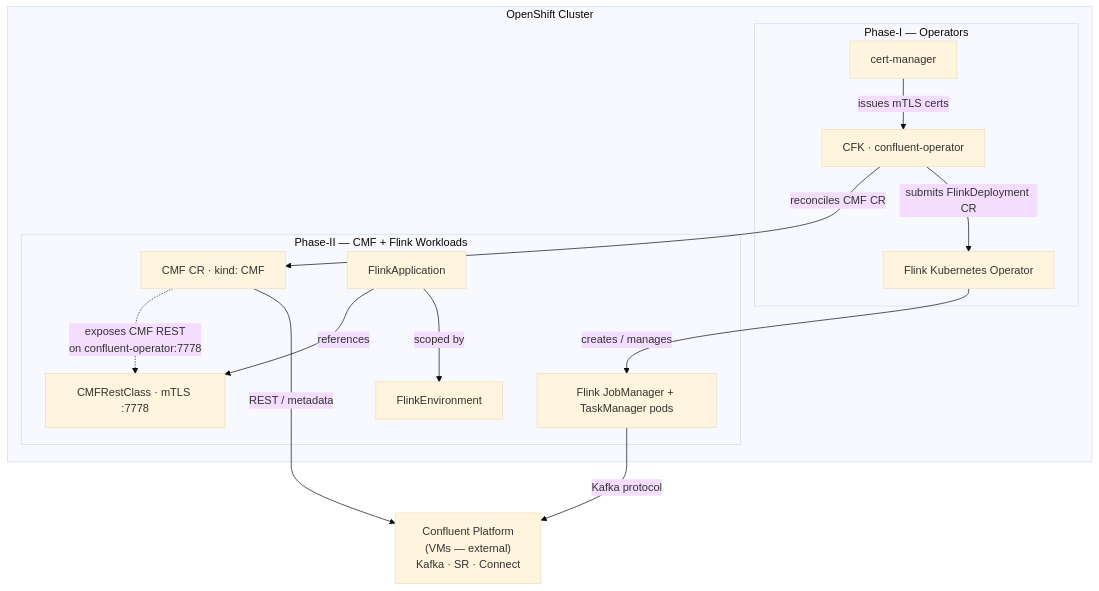
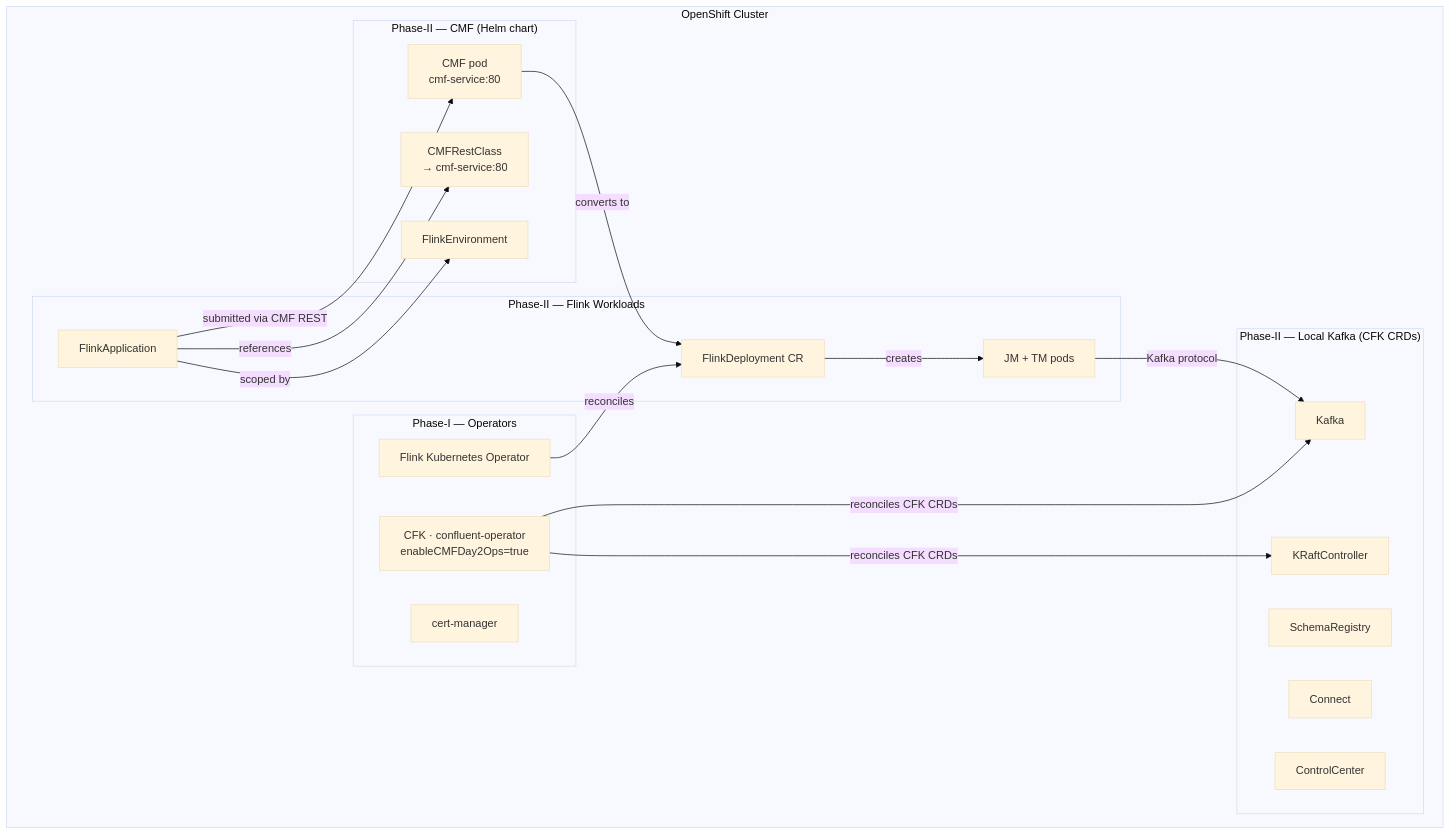
The first of 3 diagrams in README-PHASE-II.md (aadmassu/flink-on-k8s-with-cp), drawn with Mermaid (base theme) before and after one commit. The commit also changed other lines of this file and 48 other files, not shown here.

First line of the commit message:
Implement Phase-II: CMF Helm chart, local Kafka, Flink infra CRs

````diff
--- a/README-PHASE-II.md
+++ b/README-PHASE-II.md
@@ -45,31 +38,40 @@
 ```mermaid
 flowchart TD
     subgraph cluster["OpenShift Cluster"]
         subgraph phase1["Phase-I — Operators"]
             cm["cert-manager"]
-            cfk["CFK · confluent-operator"]
+            cfk["CFK · confluent-operator<br>enableCMFDay2Ops=true"]
             fop["Flink Kubernetes Operator"]
         end
 
-        subgraph phase2["Phase-II — CMF + Flink Workloads"]
-            cmf["CMF CR · kind: CMF"]
-            restclass["CMFRestClass · mTLS :7778"]
+        subgraph phase2_cmf["Phase-II — CMF (Helm chart)"]
+            cmf["CMF pod<br>cmf-service:80"]
+            restclass["CMFRestClass<br>→ cmf-service:80"]
             fenv["FlinkEnvironment"]
-            fapp["FlinkApplication"]
-            flink_pods["Flink JobManager + TaskManager pods"]
         end
 
-        cm -- "issues mTLS certs" --> cfk
-        cfk -- "reconciles CMF CR" --> cmf
-        cmf -. "exposes CMF REST<br>on confluent-operator:7778" .-> restclass
+        subgraph phase2_kafka["Phase-II — Local Kafka (CFK CRDs)"]
+            kraft["KRaftController"]
+            kafka["Kafka"]
+            sr["SchemaRegistry"]
+            connect["Connect"]
+            c3["ControlCenter"]
+        end
+
+        subgraph phase2_flink["Phase-II — Flink Workloads"]
+            fapp["FlinkApplication"]
+            fdeploy["FlinkDeployment CR"]
+            flink_pods["JM + TM pods"]
+        end
+
+        fapp -- "submitted via CMF REST" --> cmf
+        cmf -- "converts to" --> fdeploy
+        fop -- "reconciles" --> fdeploy
+        fdeploy -- "creates" --> flink_pods
+        flink_pods -- "Kafka protocol" --> kafka
         fapp -- "references" --> restclass
         fapp -- "scoped by" --> fenv
-        cfk -- "submits FlinkDeployment CR" --> fop
-        fop -- "creates / manages" --> flink_pods
+        cfk -- "reconciles CFK CRDs" --> kraft
+        cfk -- "reconciles CFK CRDs" --> kafka
     end
-
-    cp["Confluent Platform<br>(VMs — external)<br>Kafka · SR · Connect"]
-
-    flink_pods -- "Kafka protocol" --> cp
-    cmf -- "REST / metadata" --> cp
 ```
````
